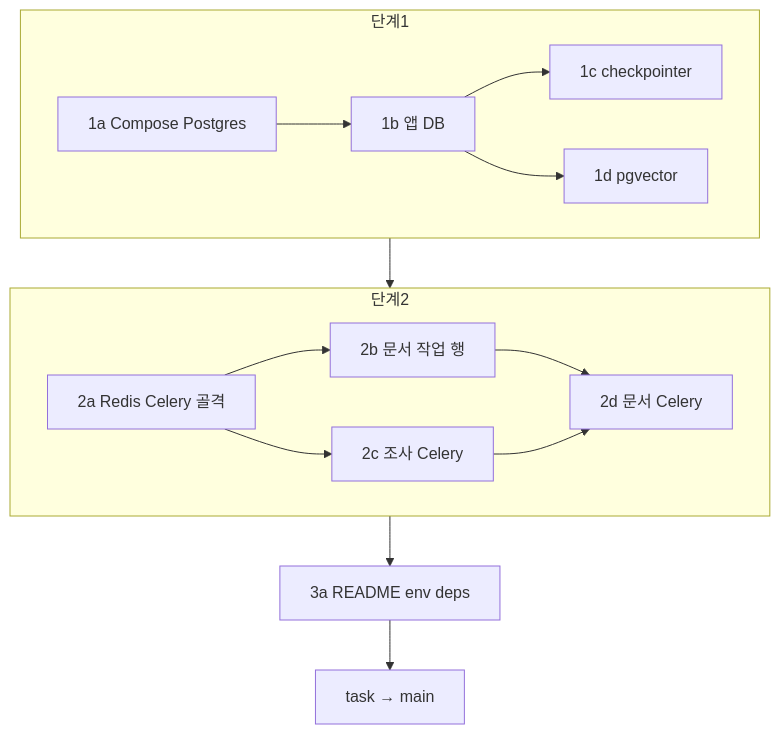
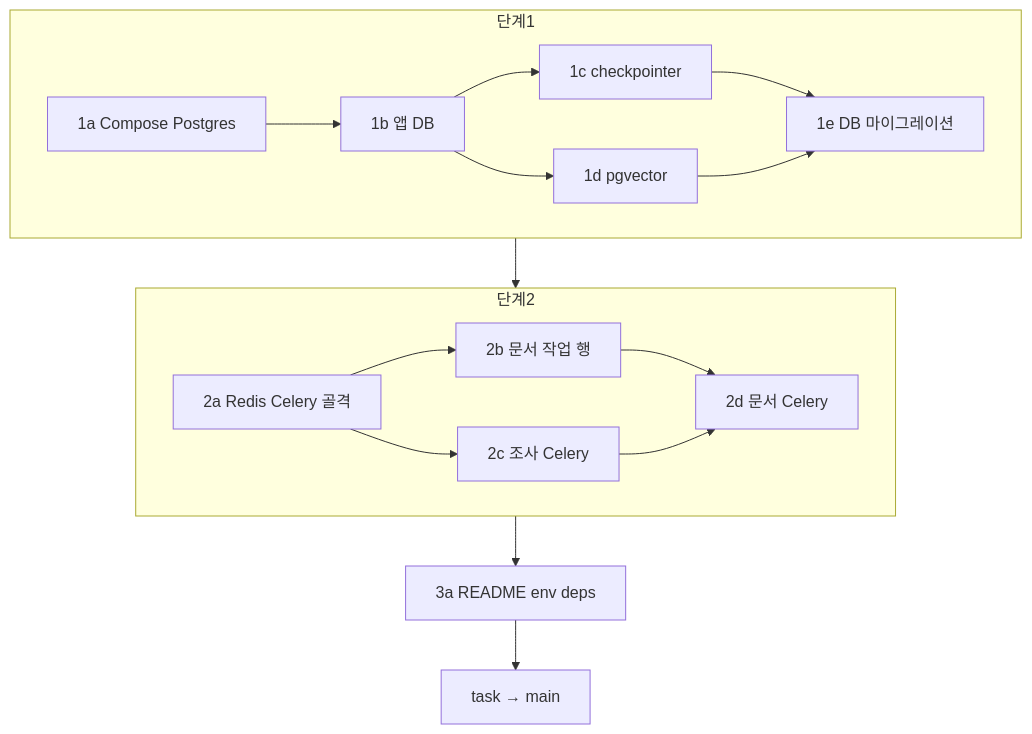
The diagram in docs/plans/2026-08-07-scale-out-architecture.md (sjnqkqh/Think-Chair), drawn with Mermaid before and after one commit. The commit also changed other lines of this file, not shown here.

First line of the commit message:
docs: 단계1에 DB 마이그레이션(1e)을 필수로 명시

````diff
--- a/docs/plans/2026-08-07-scale-out-architecture.md
+++ b/docs/plans/2026-08-07-scale-out-architecture.md
@@ -376,25 +430,28 @@
 ```mermaid
 flowchart TB
   subgraph s1[단계1]
     p1a[1a Compose Postgres]
     p1b[1b 앱 DB]
     p1c[1c checkpointer]
     p1d[1d pgvector]
+    p1e[1e DB 마이그레이션]
     p1a --> p1b
     p1b --> p1c
     p1b --> p1d
+    p1c --> p1e
+    p1d --> p1e
   end
   subgraph s2[단계2]
     p2a[2a Redis Celery 골격]
     p2b[2b 문서 작업 행]
     p2c[2c 조사 Celery]
     p2d[2d 문서 Celery]
     p2a --> p2b
     p2a --> p2c
     p2b --> p2d
     p2c --> p2d
   end
   s1 --> s2
   s2 --> p3a[3a README env deps]
   p3a --> mainPR[task → main]
 ```
````
